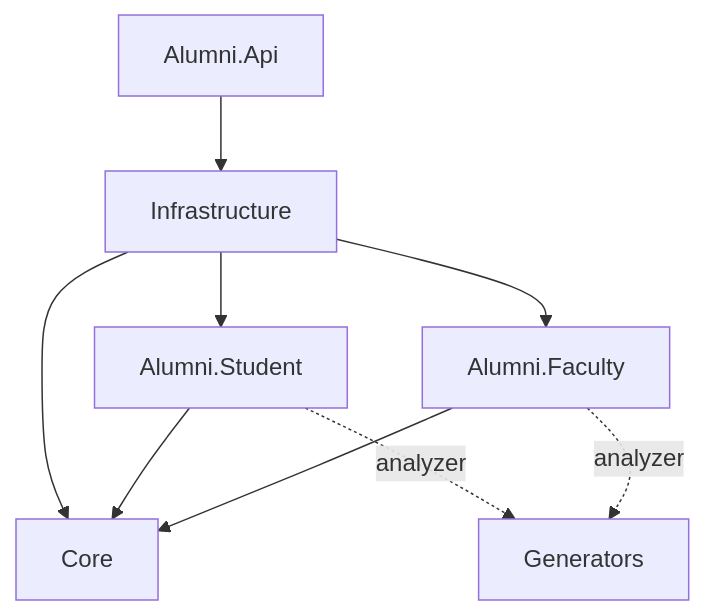
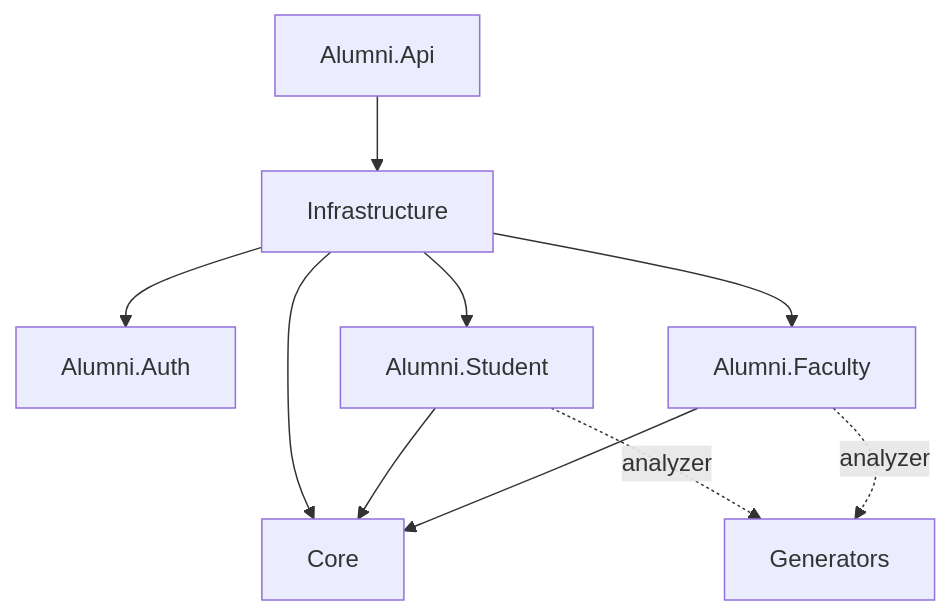
The first of 2 diagrams in docs/Architecture.md (MihirJayavant/AlumniService), drawn with Mermaid before and after one commit. The commit also changed other lines of this file and 83 other files, not shown here.

````diff
--- a/docs/Architecture.md
+++ b/docs/Architecture.md
@@ -22,11 +23,12 @@
 ```mermaid
 flowchart TD
     API[Alumni.Api] --> Infra[Infrastructure]
+    Infra --> Auth[Alumni.Auth]
     Infra --> Student[Alumni.Student]
     Infra --> Faculty[Alumni.Faculty]
     Infra --> Core[Core]
     Student --> Core
     Faculty --> Core
     Student -. analyzer .-> Gen[Generators]
     Faculty -. analyzer .-> Gen
 ```
````
